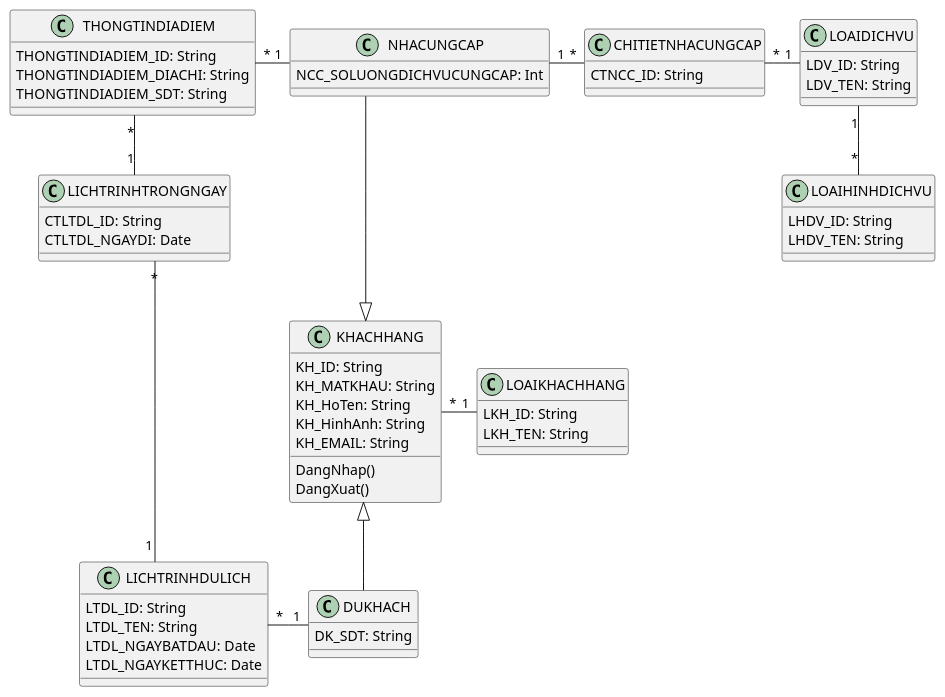
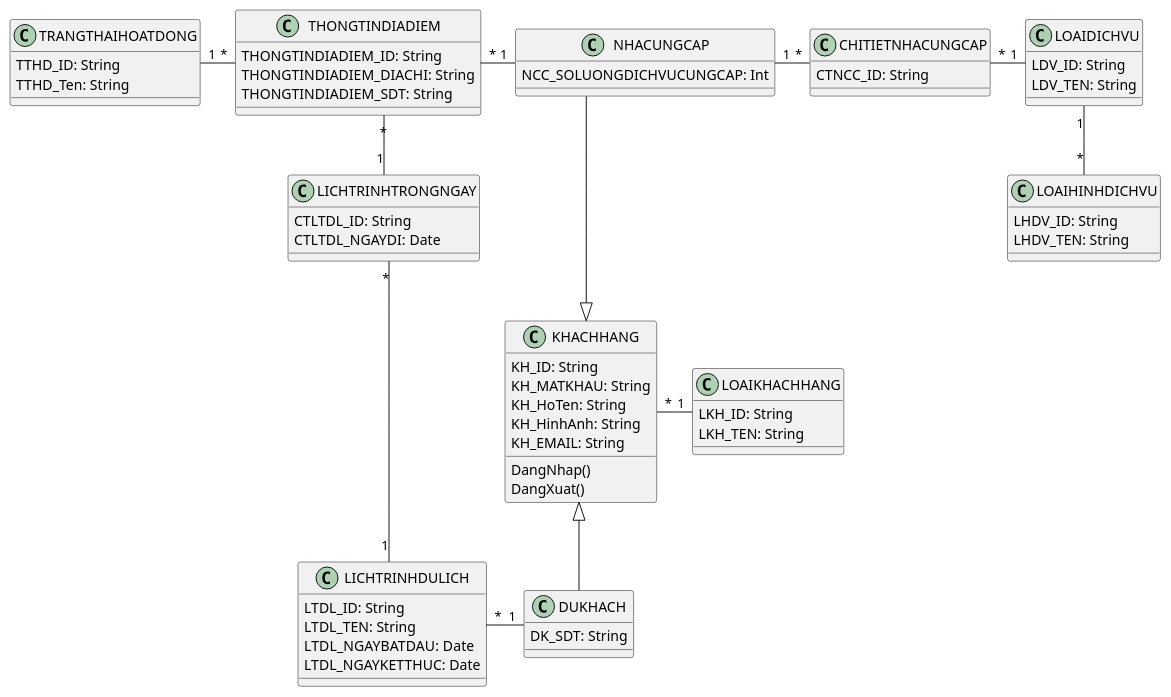
Before and after one commit to TranTan-Dat/LV_DuLichDienTu: the diagram in PlanUML/Class.puml, drawn with PlantUML. The commit also changed 1 other file, not shown here.

```diff
--- a/PlanUML/Class.puml
+++ b/PlanUML/Class.puml
@@ -1,95 +1,99 @@
 @startuml So Do class
  skinparam linetype ortho
 ' Dịch vụ du lịch ở đây bao gồm các khu vui chơi,
 ' ăn ngủ nghỉ, dịch vụ đi lại, các dịch vụ sẽ có loại DV
 'Dịch vụ sẽ gồm có:
 '1. Phương tiện để đi lại (gồm có phương tiện đi đến nơi du lịch và phương tiện đi lại ở điểm du lịch)
 '2. Tham quan và ăn uống
 '3. chỗ ngủ
 
 
 
 class NHACUNGCAP{
   NCC_SOLUONGDICHVUCUNGCAP: Int
 }
 
 class CHITIETNHACUNGCAP{
   CTNCC_ID: String
 
 }
 
 class THONGTINDIADIEM{
   THONGTINDIADIEM_ID: String
   THONGTINDIADIEM_DIACHI: String
   THONGTINDIADIEM_SDT: String
+}
+class TRANGTHAIHOATDONG{
+  TTHD_ID: String
+  TTHD_Ten: String
 }
 
 class DUKHACH{
   DK_SDT: String
 }
 class LICHTRINHDULICH{
   LTDL_ID: String
   LTDL_TEN: String 
   LTDL_NGAYBATDAU: Date 
   LTDL_NGAYKETTHUC: Date
 }
 class LICHTRINHTRONGNGAY{
  CTLTDL_ID: String
  CTLTDL_NGAYDI: Date
 
 
 }
 
 ' class chitiet{
 
 ' }
 
 class KHACHHANG{
   KH_ID: String
   KH_MATKHAU: String
   KH_HoTen: String
   KH_HinhAnh: String
   KH_EMAIL: String
 
   
   DangNhap()
   DangXuat()
 }
 
 class LOAIKHACHHANG{
 
   LKH_ID: String
   LKH_TEN: String
 
 }
 
 class LOAIDICHVU{
   LDV_ID: String
   LDV_TEN: String
 }
 
 class LOAIHINHDICHVU{
   LHDV_ID: String
   LHDV_TEN: String
 }
-
+TRANGTHAIHOATDONG "1"-"*" THONGTINDIADIEM
 
 KHACHHANG "*"-"1" LOAIKHACHHANG
 
 NHACUNGCAP "1"-"*" CHITIETNHACUNGCAP
 CHITIETNHACUNGCAP "*"-"1" LOAIDICHVU 
 LOAIDICHVU "1"--"*" LOAIHINHDICHVU
 THONGTINDIADIEM "*"-"1" NHACUNGCAP
 
 
 LICHTRINHDULICH "*"-"1" DUKHACH
 LICHTRINHTRONGNGAY "*"-"1" LICHTRINHDULICH
 THONGTINDIADIEM "*"--"1" LICHTRINHTRONGNGAY
 
 ' THONGTINDIADIEM "*"-"1" chitiet
 ' chitiet "1"-"*" LICHTRINHTRONGNGAY
 
 NHACUNGCAP ---|> KHACHHANG
 KHACHHANG <|-- DUKHACH
 
 @enduml
```
